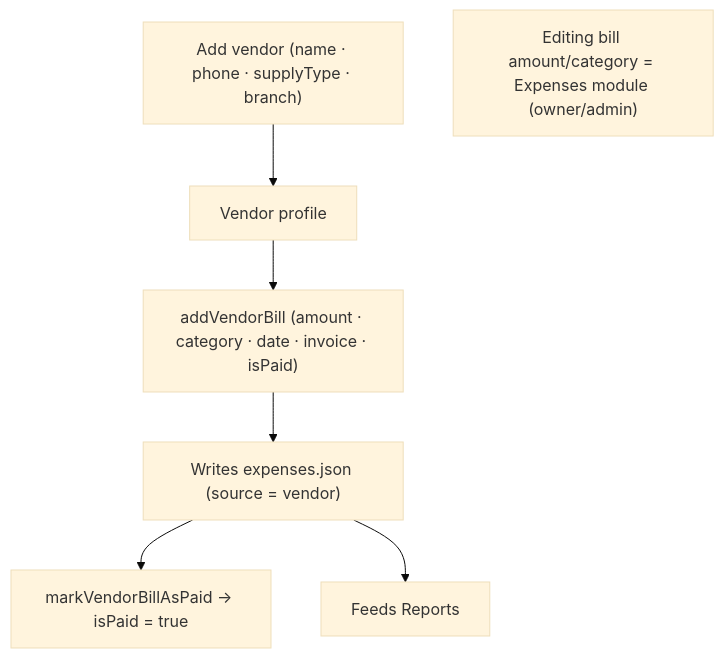
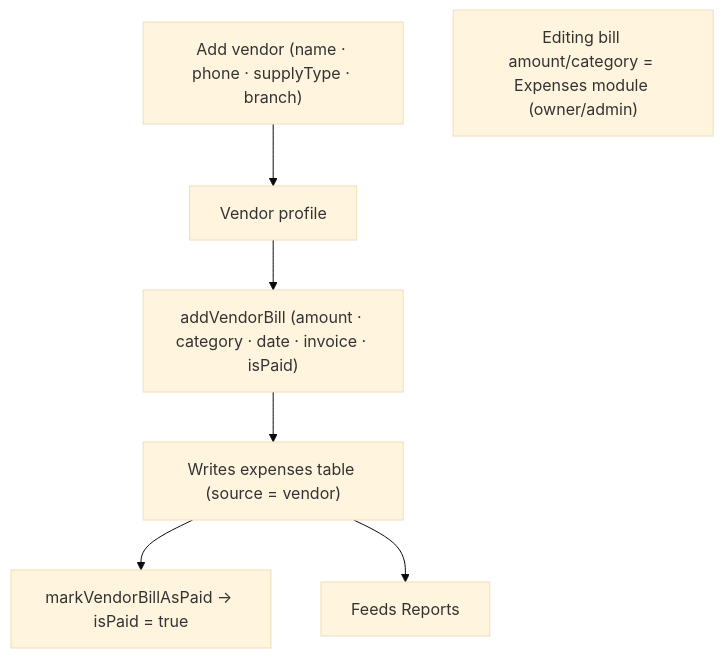
Before and after one commit to AbhishekS-381/Sree-Vaishnaves-Management: diagram 11 of 15 in Documentations/MODULE-MAPS.md, drawn with Mermaid (base theme). The commit also changed other lines of this file and 159 other files, not shown here.

````diff
--- a/Documentations/MODULE-MAPS.md
+++ b/Documentations/MODULE-MAPS.md
@@ -269,11 +274,11 @@
 ```mermaid
 flowchart TD
   ADDV["Add vendor (name · phone · supplyType · branch)"]
   VP["Vendor profile"]
   ADDV --> VP
   VP --> BILL["addVendorBill (amount · category · date · invoice · isPaid)"]
-  BILL --> LEDGER["Writes expenses.json (source = vendor)"]
+  BILL --> LEDGER["Writes expenses table (source = vendor)"]
   LEDGER --> PAID["markVendorBillAsPaid → isPaid = true"]
   LEDGER --> REPORTS["Feeds Reports"]
   note["Editing bill amount/category = Expenses module (owner/admin)"]
 ```
````
